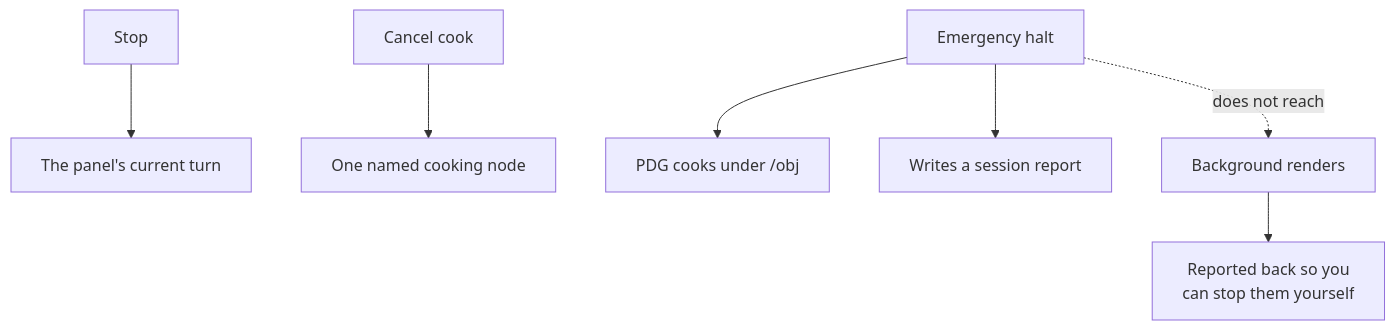
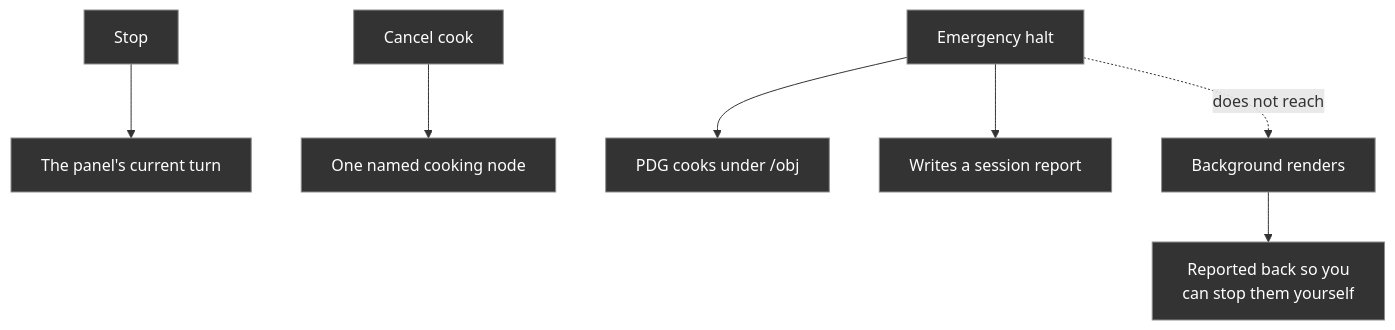
The second of 3 diagrams in README.md (JosephOIbrahim/Synapse), drawn with Mermaid before and after one commit. The commit also changed other lines of this file and 24 other files, not shown here.

````diff
--- a/README.md
+++ b/README.md
@@ -84,9 +91,11 @@
 ```mermaid
 flowchart TB
     S["Stop"] --> S1["The panel's current turn"]
     C["Cancel cook"] --> C1["One named cooking node"]
     H["Emergency halt"] --> H1["PDG cooks under /obj"]
     H --> H2["Writes a session report"]
     H -.->|"does not reach"| R["Background renders"]
     R --> R1["Reported back so you<br/>can stop them yourself"]
+    classDef dark fill:#333333,stroke:#8C8C8C,stroke-width:1px,color:#FFFFFF
+    class S,S1,C,C1,H,H1,H2,R,R1 dark
 ```
````
